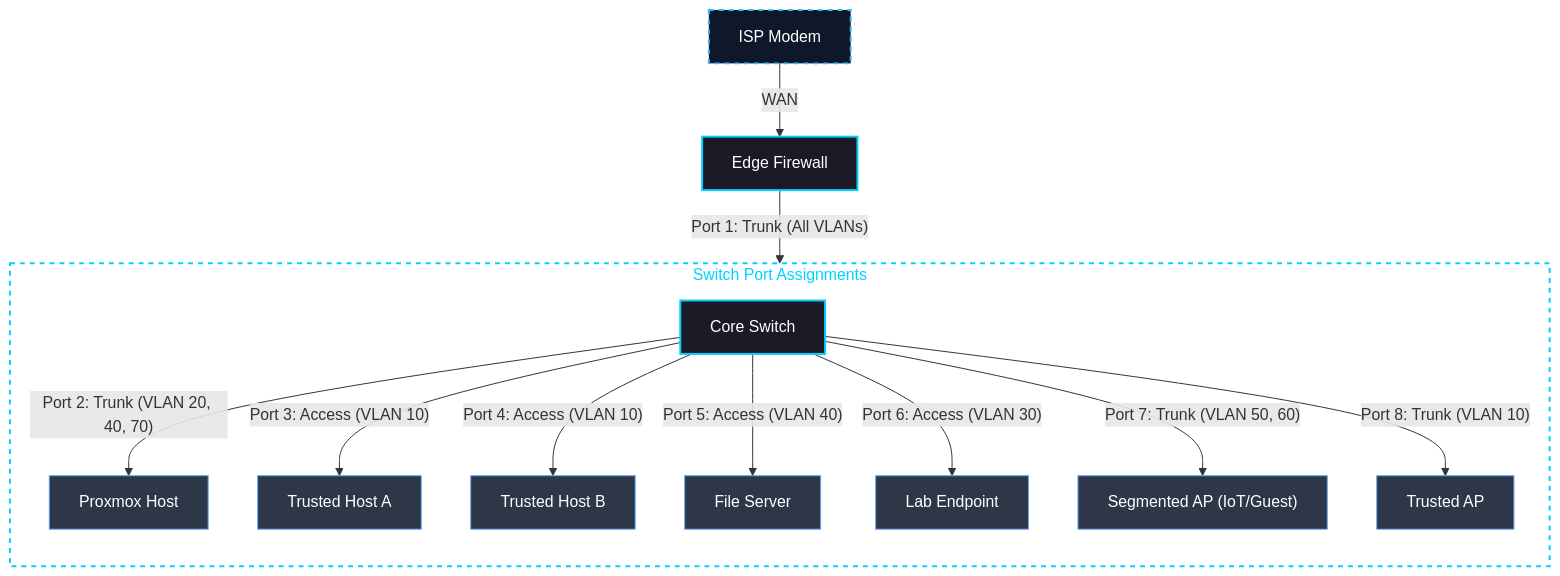
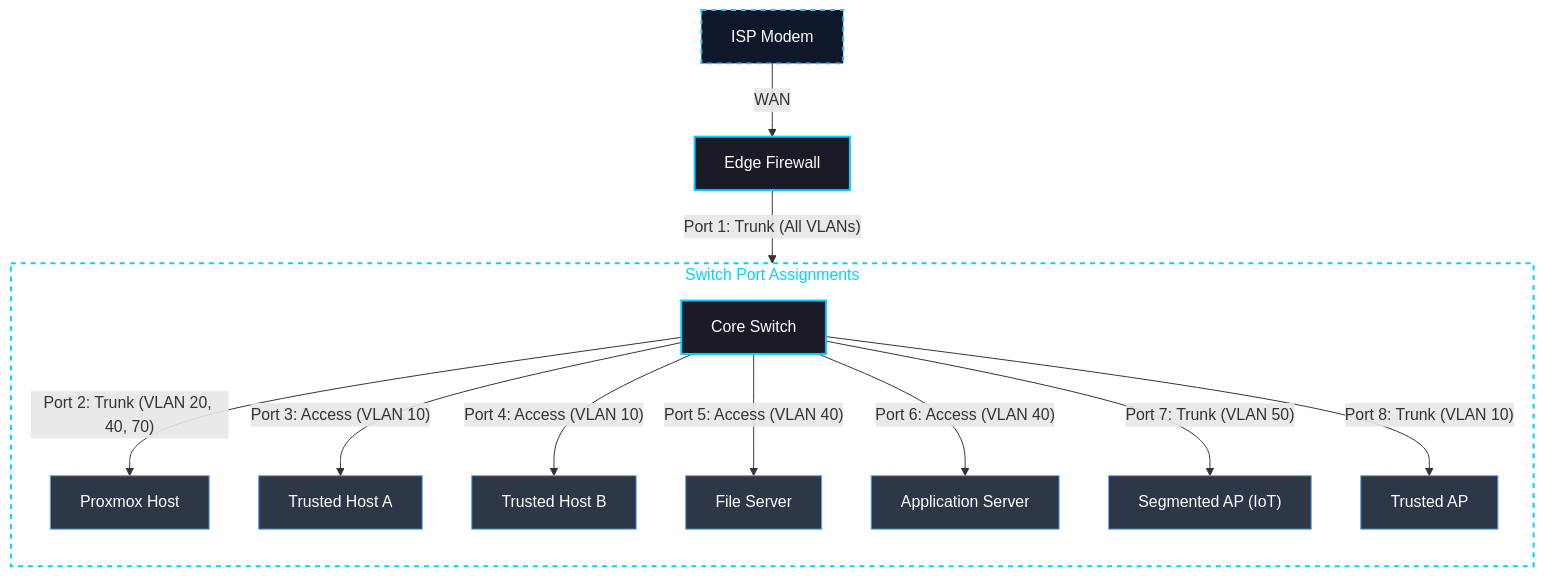
The diagram in network-core/switch-config/vlan-setup.md (gurvinny/home-network-lab), drawn with Mermaid before and after one commit. The commit also changed other lines of this file and 2 other files, not shown here.

First line of the commit message:
docs: remove undeployed VLANs 30 and 60, propagate VLAN 70

````diff
--- a/network-core/switch-config/vlan-setup.md
+++ b/network-core/switch-config/vlan-setup.md
@@ -17,23 +17,23 @@
 ```mermaid
 graph TB
     %% Cyber Sec Grey/Blue Theme
     classDef internet fill:#0f172a,stroke:#38bdf8,stroke-width:2px,color:#ffffff,stroke-dasharray: 5 5;
     classDef firewall fill:#1a1b26,stroke:#00d2ff,stroke-width:2px,color:#ffffff;
     classDef device fill:#2d3748,stroke:#60a5fa,stroke-width:1px,color:#ffffff;
     classDef zone fill:#00000000,stroke:#00d2ff,stroke-width:2px,color:#00d2ff,stroke-dasharray: 5 5;
 
     ISP["ISP Modem"]:::internet -->|"WAN"| FW["Edge Firewall"]:::firewall
     FW -->|"Port 1: Trunk (All VLANs)"| SW["Core Switch"]:::firewall
 
     subgraph Port_Assignments ["Switch Port Assignments"]
         direction TB
         SW -->|"Port 2: Trunk (VLAN 20, 40, 70)"| ProxmoxHost["Proxmox Host"]:::device
         SW -->|"Port 3: Access (VLAN 10)"| TrustedHost1["Trusted Host A"]:::device
         SW -->|"Port 4: Access (VLAN 10)"| TrustedHost2["Trusted Host B"]:::device
         SW -->|"Port 5: Access (VLAN 40)"| FileServer["File Server"]:::device
-        SW -->|"Port 6: Access (VLAN 30)"| LabEndpoint["Lab Endpoint"]:::device
-        SW -->|"Port 7: Trunk (VLAN 50, 60)"| SegmentedAP["Segmented AP (IoT/Guest)"]:::device
+        SW -->|"Port 6: Access (VLAN 40)"| AppServer["Application Server"]:::device
+        SW -->|"Port 7: Trunk (VLAN 50)"| SegmentedAP["Segmented AP (IoT)"]:::device
         SW -->|"Port 8: Trunk (VLAN 10)"| TrustedAP["Trusted AP"]:::device
     end
     class Port_Assignments zone;
 ```
````
